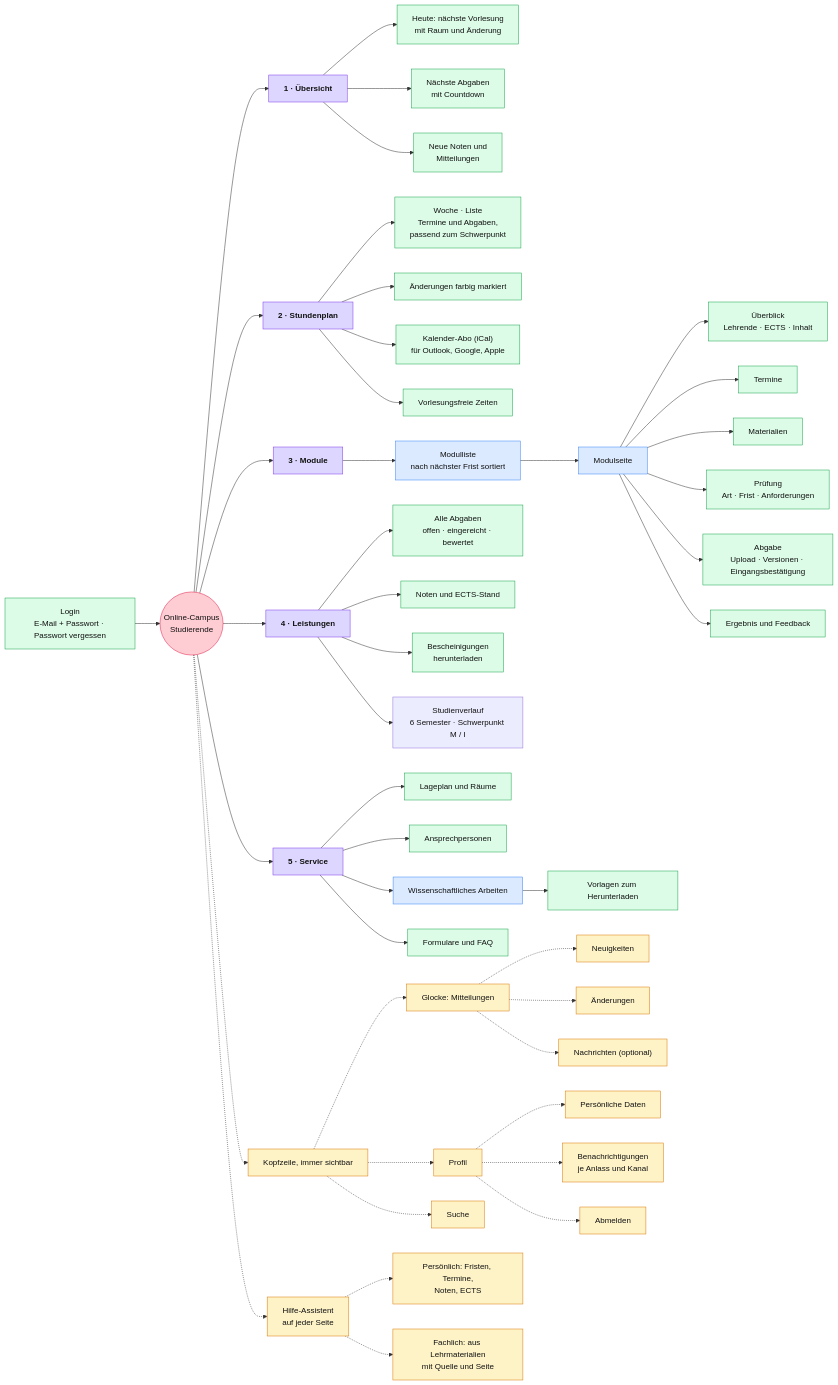
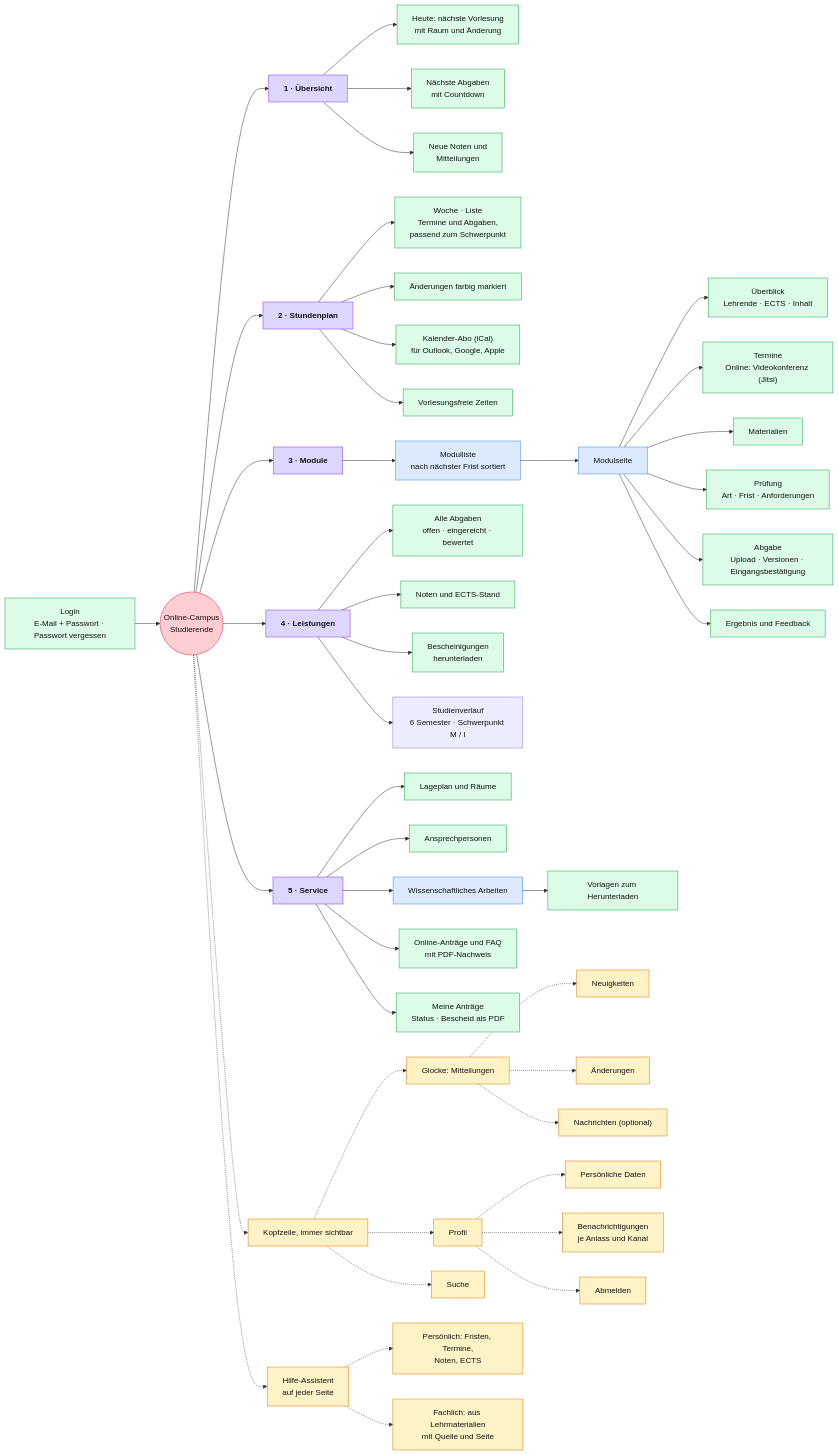
The diagram in sitemap-studierende.mmd (thimostender/Online-Campus), drawn with Mermaid before and after one commit. The commit also changed 27 other files, not shown here.

Commit message:
Online-Antraege mit PDF-Nachweis und Bearbeitung durch die Verwaltung, Jitsi-Videokonferenz fuer Online-Termine, Firebase-Anbindung (Auth, Firestore, Sicherheitsregeln) vorbereitet, Unterlagen nachgezogen

```diff
--- a/sitemap-studierende.mmd
+++ b/sitemap-studierende.mmd
@@ -1,62 +1,63 @@
 flowchart LR
   C(("Online-Campus<br/>Studierende"))
   LOGIN["Login<br/>E-Mail + Passwort · Passwort vergessen"] --> C
 
   C --> U["1 · Übersicht"]
   U --> U1["Heute: nächste Vorlesung<br/>mit Raum und Änderung"]
   U --> U2["Nächste Abgaben<br/>mit Countdown"]
   U --> U3["Neue Noten und<br/>Mitteilungen"]
 
   C --> SP["2 · Stundenplan"]
   SP --> SP1["Woche · Liste<br/>Termine und Abgaben,<br/>passend zum Schwerpunkt"]
   SP --> SP2["Änderungen farbig markiert"]
   SP --> SP3["Kalender-Abo (iCal)<br/>für Outlook, Google, Apple"]
   SP --> SP4["Vorlesungsfreie Zeiten"]
 
   C --> M["3 · Module"]
   M --> M1["Modulliste<br/>nach nächster Frist sortiert"]
   M1 --> MS["Modulseite"]
   MS --> MS1["Überblick<br/>Lehrende · ECTS · Inhalt"]
-  MS --> MS2["Termine"]
+  MS --> MS2["Termine<br/>Online: Videokonferenz (Jitsi)"]
   MS --> MS3["Materialien"]
   MS --> MS4["Prüfung<br/>Art · Frist · Anforderungen"]
   MS --> MS5["Abgabe<br/>Upload · Versionen · Eingangsbestätigung"]
   MS --> MS6["Ergebnis und Feedback"]
 
   C --> LE["4 · Leistungen"]
   LE --> LE1["Alle Abgaben<br/>offen · eingereicht · bewertet"]
   LE --> LE2["Noten und ECTS-Stand"]
   LE --> LE3["Bescheinigungen<br/>herunterladen"]
   LE --> LE4["Studienverlauf<br/>6 Semester · Schwerpunkt M / I"]
 
   C --> SV["5 · Service"]
   SV --> SV1["Lageplan und Räume"]
   SV --> SV2["Ansprechpersonen"]
   SV --> SV3["Wissenschaftliches Arbeiten"]
   SV3 --> SV3a["Vorlagen zum Herunterladen"]
-  SV --> SV4["Formulare und FAQ"]
+  SV --> SV4["Online-Anträge und FAQ<br/>mit PDF-Nachweis"]
+  SV --> SV5["Meine Anträge<br/>Status · Bescheid als PDF"]
 
   C -.-> K["Kopfzeile, immer sichtbar"]
   K -.-> MI["Glocke: Mitteilungen"]
   MI -.-> MI1["Neuigkeiten"]
   MI -.-> MI2["Änderungen"]
   MI -.-> MI3["Nachrichten (optional)"]
   K -.-> PR["Profil"]
   PR -.-> PR1["Persönliche Daten"]
   PR -.-> PR2["Benachrichtigungen<br/>je Anlass und Kanal"]
   PR -.-> PR3["Abmelden"]
   K -.-> HI["Suche"]
   C -.-> AS["Hilfe-Assistent<br/>auf jeder Seite"]
   AS -.-> AS1["Persönlich: Fristen, Termine,<br/>Noten, ECTS"]
   AS -.-> AS2["Fachlich: aus Lehrmaterialien<br/>mit Quelle und Seite"]
 
   classDef root fill:#fecdd3,stroke:#e11d48,color:#111
   classDef main fill:#ddd6fe,stroke:#7c3aed,color:#111,font-weight:bold
   classDef sub fill:#dbeafe,stroke:#3b82f6,color:#111
   classDef fn fill:#dcfce7,stroke:#16a34a,color:#111
   classDef head fill:#fef3c7,stroke:#d97706,color:#111
   class C root
   class U,SP,M,LE,SV main
   class MS,M1,SV3 sub
-  class U1,U2,U3,SP1,SP2,SP3,SP4,MS1,MS2,MS3,MS4,MS5,MS6,LE1,LE2,LE3,SV1,SV2,SV3a,SV4,LOGIN fn
+  class U1,U2,U3,SP1,SP2,SP3,SP4,MS1,MS2,MS3,MS4,MS5,MS6,LE1,LE2,LE3,SV1,SV2,SV3a,SV4,SV5,LOGIN fn
   class K,MI,MI1,MI2,MI3,PR,PR1,PR2,PR3,HI,AS,AS1,AS2 head
```
